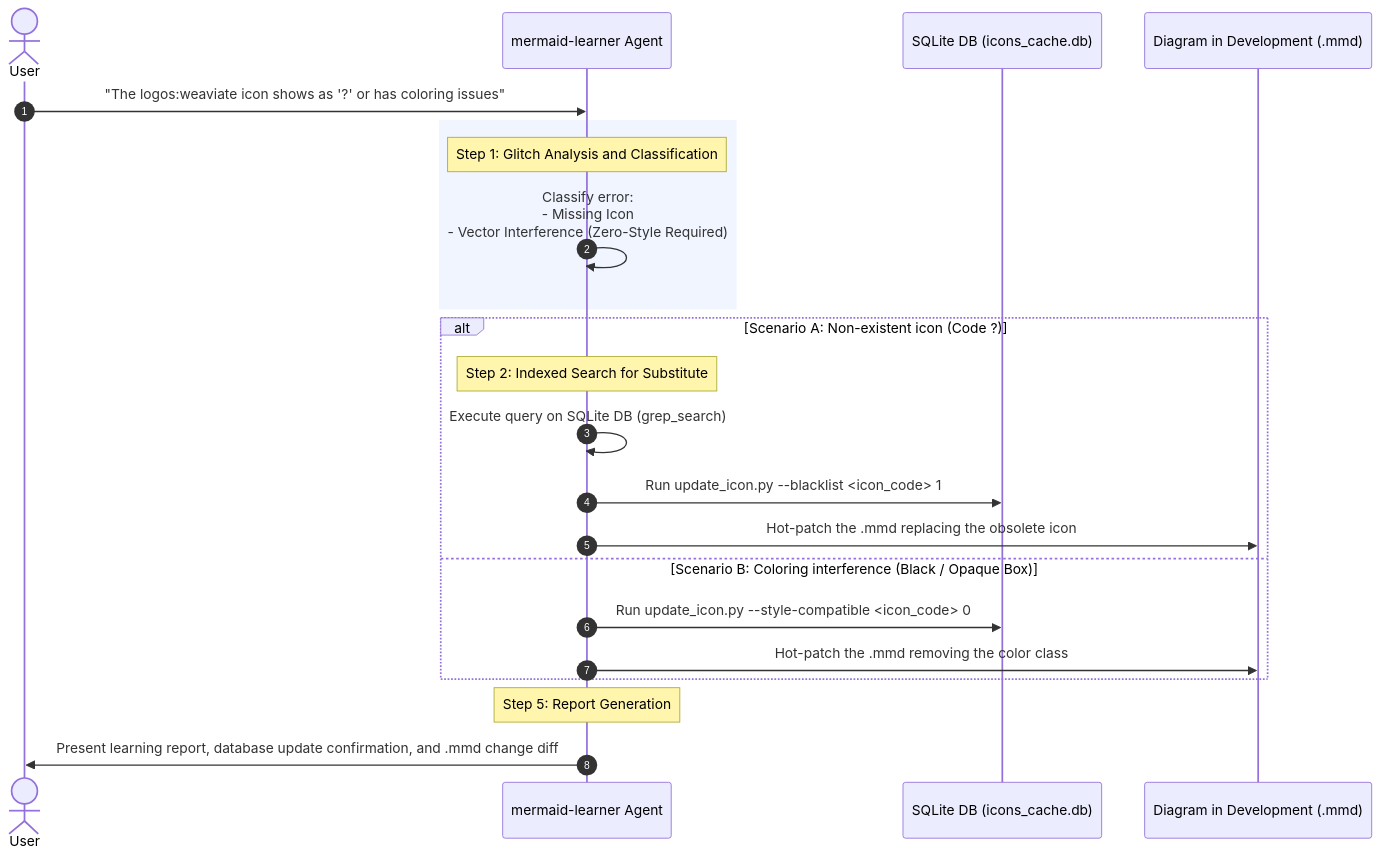
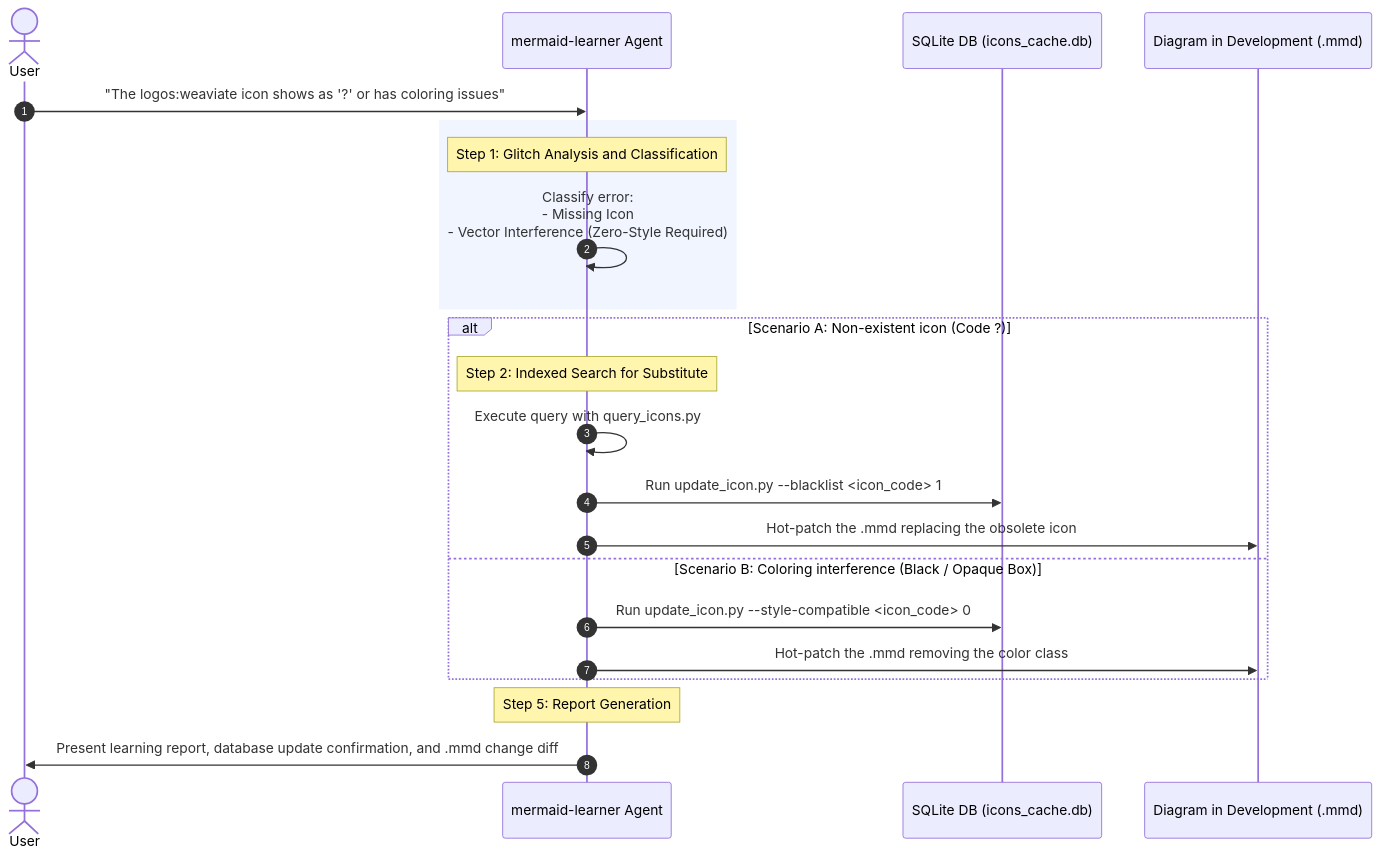
The diagram in rules/mermaid-learning-loop.md (JuanKRuiz/jk-agy-mermaid), drawn with Mermaid before and after one commit. The commit also changed other lines of this file and 9 other files, not shown here.

````diff
--- a/rules/mermaid-learning-loop.md
+++ b/rules/mermaid-learning-loop.md
@@ -11,28 +11,28 @@
 ```mermaid
 sequenceDiagram
     autonumber
     actor User as User
     participant Learner as mermaid-learner Agent
     participant DB as SQLite DB (icons_cache.db)
     participant TargetMMD as Diagram in Development (.mmd)
 
     User->>Learner: "The logos:weaviate icon shows as '?' or has coloring issues"
     
     rect rgb(240, 245, 255)
         note over Learner: Step 1: Glitch Analysis and Classification
         Learner->>Learner: Classify error:<br>- Missing Icon<br>- Vector Interference (Zero-Style Required)
     end
 
     alt Scenario A: Non-existent icon (Code ?)
         note over Learner: Step 2: Indexed Search for Substitute
-        Learner->>Learner: Execute query on SQLite DB (grep_search)
+        Learner->>Learner: Execute query with query_icons.py
         Learner->>DB: Run update_icon.py --blacklist <icon_code> 1
         Learner->>TargetMMD: Hot-patch the .mmd replacing the obsolete icon
     else Scenario B: Coloring interference (Black / Opaque Box)
         Learner->>DB: Run update_icon.py --style-compatible <icon_code> 0
         Learner->>TargetMMD: Hot-patch the .mmd removing the color class
     end
 
     note over Learner: Step 5: Report Generation
     Learner->>User: Present learning report, database update confirmation, and .mmd change diff
 ```
````
